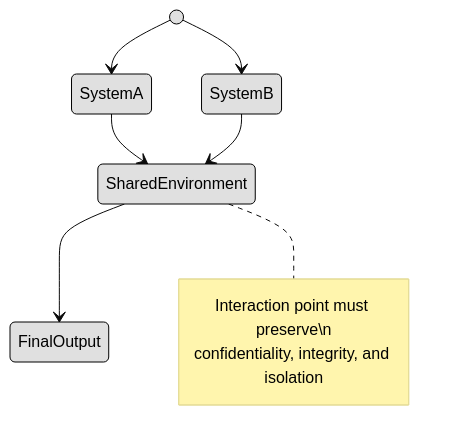
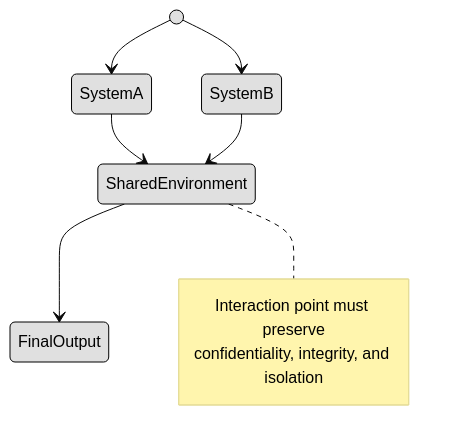
One commit to lorenzoleonelli/CISSP-Zero-to-Hero changed the fourth of 8 diagrams in DOMAIN3: Security Architecture and Engineering/3.02 Understand the fundamental concepts of security models (e.g. Biba, STar Model, Bell Lapadula).md. Above: the diagram before and after it, drawn with Mermaid (base theme). The commit also changed other lines of this file, not shown here.

Commit message:
Update 3.02 Understand the fundamental concepts of security models (e.g. Biba, STar Model, Bell Lapadula).md

````diff
--- a/DOMAIN3: Security Architecture and Engineering/3.02 Understand the fundamental concepts of security models (e.g. Biba, STar Model, Bell Lapadula).md
+++ b/DOMAIN3: Security Architecture and Engineering/3.02 Understand the fundamental concepts of security models (e.g. Biba, STar Model, Bell Lapadula).md
@@ -75,17 +75,17 @@
 ```mermaid
 stateDiagram-v2
     [*] --> SystemA
     [*] --> SystemB
     SystemA --> SharedEnvironment
     SystemB --> SharedEnvironment
     SharedEnvironment --> FinalOutput
 
     note right of SharedEnvironment
-      Interaction point must preserve\n
+      Interaction point must preserve
       confidentiality, integrity, and isolation
     end note
 
 
     classDef center fill:#ffffff,color:#000000,stroke:#000000,stroke-width:1px,font-weight:bold
     classDef node fill:#e0e0e0,color:#000000,stroke:#000000,stroke-width:1px
 ```
````
